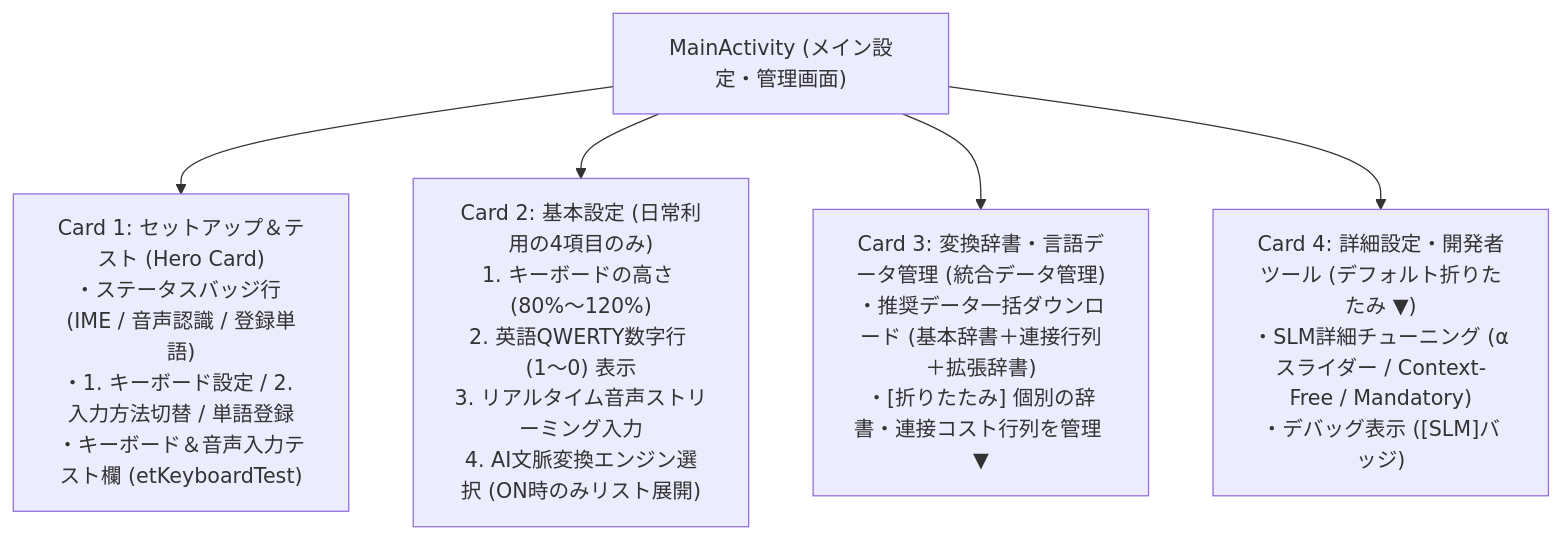
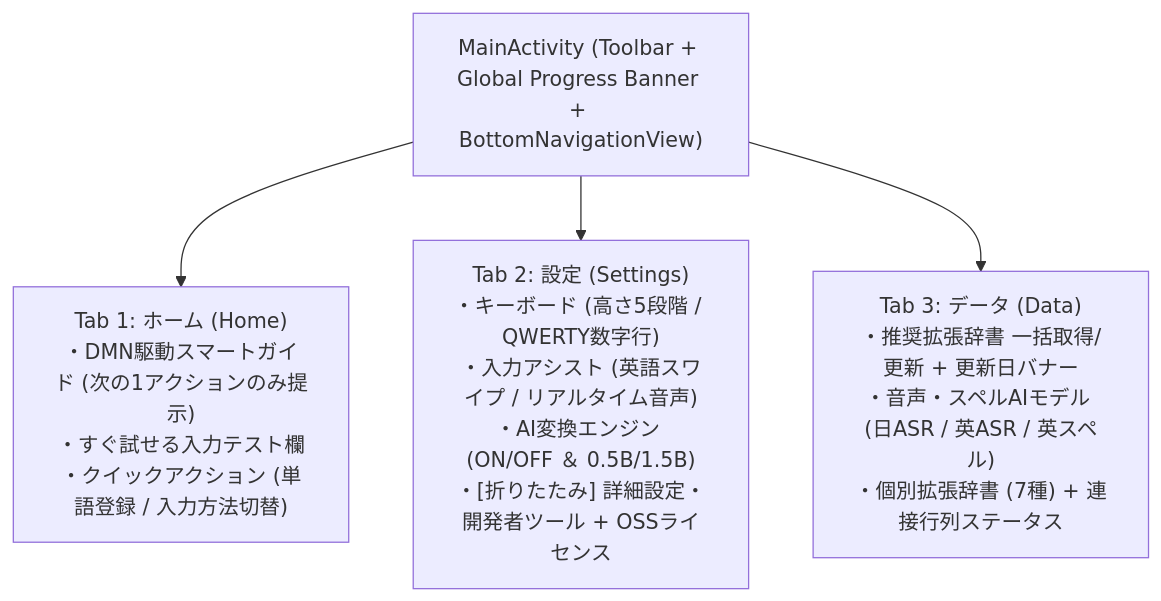
Before and after one commit to kenichikurihara/jotinput: the diagram in docs/ui_design_and_simplicity_guidelines.md, drawn with Mermaid. The commit also changed other lines of this file and 17 other files, not shown here.

Commit message:
feat(ui): redesign MainActivity to 3-tab architecture with PRD, DMN decision tables, and Alloy verification

````diff
--- a/docs/ui_design_and_simplicity_guidelines.md
+++ b/docs/ui_design_and_simplicity_guidelines.md
@@ -22,13 +10,11 @@
 ```mermaid
 flowchart TD
-    Main["MainActivity (メイン設定・管理画面)"]
-    Card1["Card 1: セットアップ＆テスト (Hero Card)\n・ステータスバッジ行 (IME / 音声認識 / 登録単語)\n・1. キーボード設定 / 2. 入力方法切替 / 単語登録\n・キーボード＆音声入力テスト欄 (etKeyboardTest)"]
-    Card2["Card 2: 基本設定 (日常利用の4項目のみ)\n1. キーボードの高さ (80%〜120%)\n2. 英語QWERTY数字行 (1〜0) 表示\n3. リアルタイム音声ストリーミング入力\n4. AI文脈変換エンジン選択 (ON時のみリスト展開)"]
-    Card3["Card 3: 変換辞書・言語データ管理 (統合データ管理)\n・推奨データ一括ダウンロード (基本辞書＋連接行列＋拡張辞書)\n・[折りたたみ] 個別の辞書・連接コスト行列を管理 ▼"]
-    Card4["Card 4: 詳細設定・開発者ツール (デフォルト折りたたみ ▼)\n・SLM詳細チューニング (αスライダー / Context-Free / Mandatory)\n・デバッグ表示 ([SLM]バッジ)"]
+    Main["MainActivity (Toolbar + Global Progress Banner + BottomNavigationView)"]
+    Tab1["Tab 1: ホーム (Home)\n・DMN駆動スマートガイド (次の1アクションのみ提示)\n・すぐ試せる入力テスト欄\n・クイックアクション (単語登録 / 入力方法切替)"]
+    Tab2["Tab 2: 設定 (Settings)\n・キーボード (高さ5段階 / QWERTY数字行)\n・入力アシスト (英語スワイプ / リアルタイム音声)\n・AI変換エンジン (ON/OFF ＆ 0.5B/1.5B)\n・[折りたたみ] 詳細設定・開発者ツール + OSSライセンス"]
+    Tab3["Tab 3: データ (Data)\n・推奨拡張辞書 一括取得/更新 + 更新日バナー\n・音声・スペルAIモデル (日ASR / 英ASR / 英スペル)\n・個別拡張辞書 (7種) + 連接行列ステータス"]
 
-    Main --> Card1
-    Main --> Card2
-    Main --> Card3
-    Main --> Card4
+    Main --> Tab1
+    Main --> Tab2
+    Main --> Tab3
 ```
````
